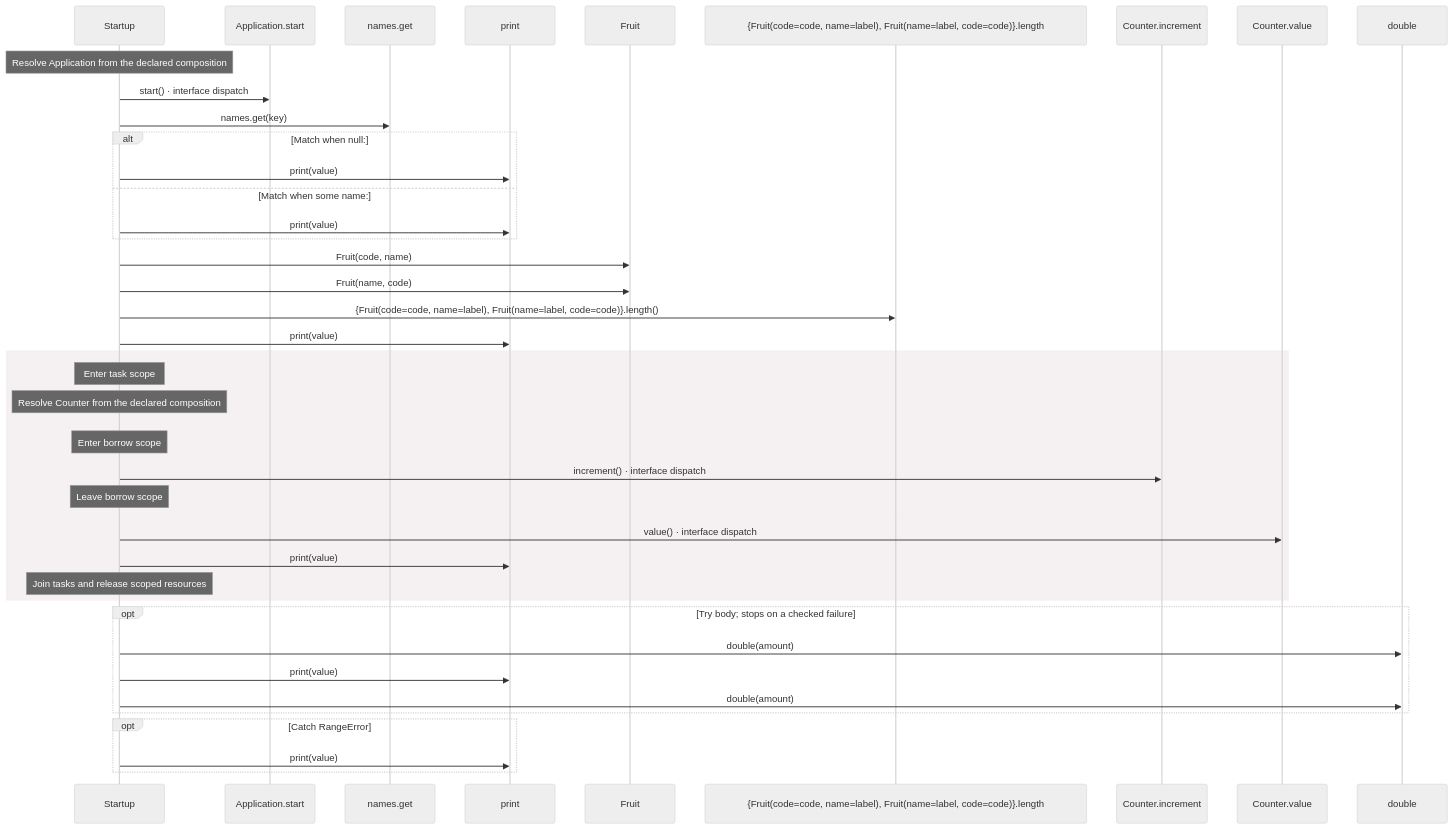
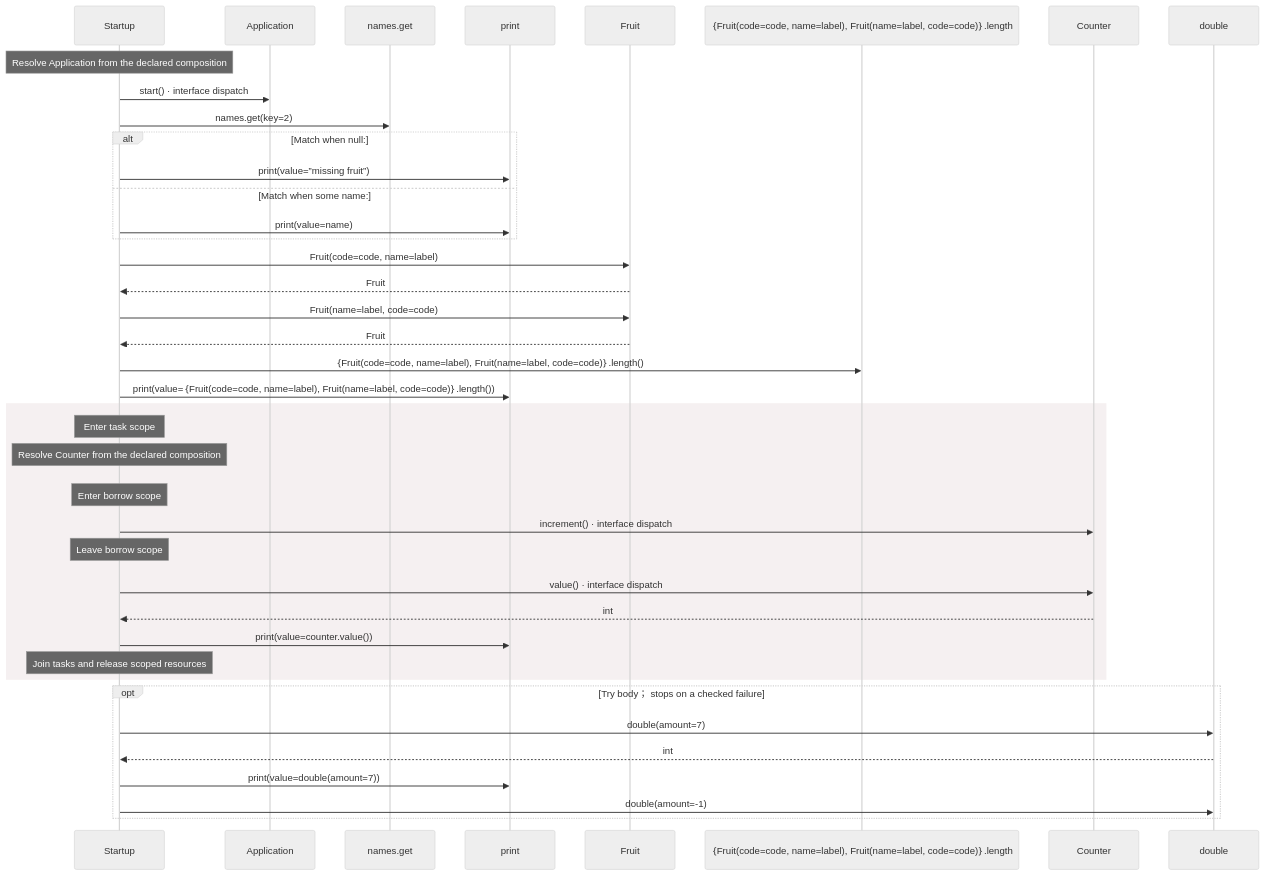
The third of 4 diagrams in docs/examples/approved-design/main-diagrams.md (GreenPandaStudios/augscript), drawn with Mermaid (neutral theme) before and after one commit. The commit also changed other lines of this file and 524 other files, not shown here.

Commit message:
Explain checked data flow at folder and service levels

````diff
--- a/docs/examples/approved-design/main-diagrams.md
+++ b/docs/examples/approved-design/main-diagrams.md
@@ -59,44 +61,44 @@
 ```mermaid
 sequenceDiagram
     participant p0 as Startup
-    participant p1 as Application.start
+    participant p1 as Application
     participant p2 as names.get
     participant p3 as print
     participant p4 as Fruit
-    participant p5 as #123;Fruit(code=code, name=label), Fruit(name=label, code=code)#125;.length
-    participant p6 as Counter.increment
-    participant p7 as Counter.value
-    participant p8 as double
+    participant p5 as ｛Fruit(code=code, name=label), Fruit(name=label, code=code)｝.length
+    participant p6 as Counter
+    participant p7 as double
     Note over p0: Resolve Application from the declared composition
     p0->>p1: start() · interface dispatch
-    p0->>p2: names.get(key)
+    p0->>p2: names.get(key=2)
     alt Match when null:
-    p0->>p3: print(value)
+    p0->>p3: print(value=”missing fruit”)
     else Match when some name:
-    p0->>p3: print(value)
+    p0->>p3: print(value=name)
     end
-    p0->>p4: Fruit(code, name)
-    p0->>p4: Fruit(name, code)
-    p0->>p5: #123;Fruit(code=code, name=label), Fruit(name=label, code=code)#125;.length()
-    p0->>p3: print(value)
+    p0->>p4: Fruit(code=code, name=label)
+    p4-->>p0: Fruit
+    p0->>p4: Fruit(name=label, code=code)
+    p4-->>p0: Fruit
+    p0->>p5: ｛Fruit(code=code, name=label), Fruit(name=label, code=code)｝.length()
+    p0->>p3: print(value=｛Fruit(code=code, name=label), Fruit(name=label, code=code)｝.length())
     rect rgb(245, 240, 241)
     Note over p0: Enter task scope
     Note over p0: Resolve Counter from the declared composition
     rect rgb(245, 240, 241)
     Note over p0: Enter borrow scope
     p0->>p6: increment() · interface dispatch
     Note over p0: Leave borrow scope
     end
-    p0->>p7: value() · interface dispatch
-    p0->>p3: print(value)
+    p0->>p6: value() · interface dispatch
+    p6-->>p0: int
+    p0->>p3: print(value=counter.value())
     Note over p0: Join tasks and release scoped resources
     end
-    opt Try body#59; stops on a checked failure
-    p0->>p8: double(amount)
-    p0->>p3: print(value)
-    p0->>p8: double(amount)
-    end
-    opt Catch RangeError
-    p0->>p3: print(value)
+    opt Try body； stops on a checked failure
+    p0->>p7: double(amount=7)
+    p7-->>p0: int
+    p0->>p3: print(value=double(amount=7))
+    p0->>p7: double(amount=-1)
     end
 ```
````
